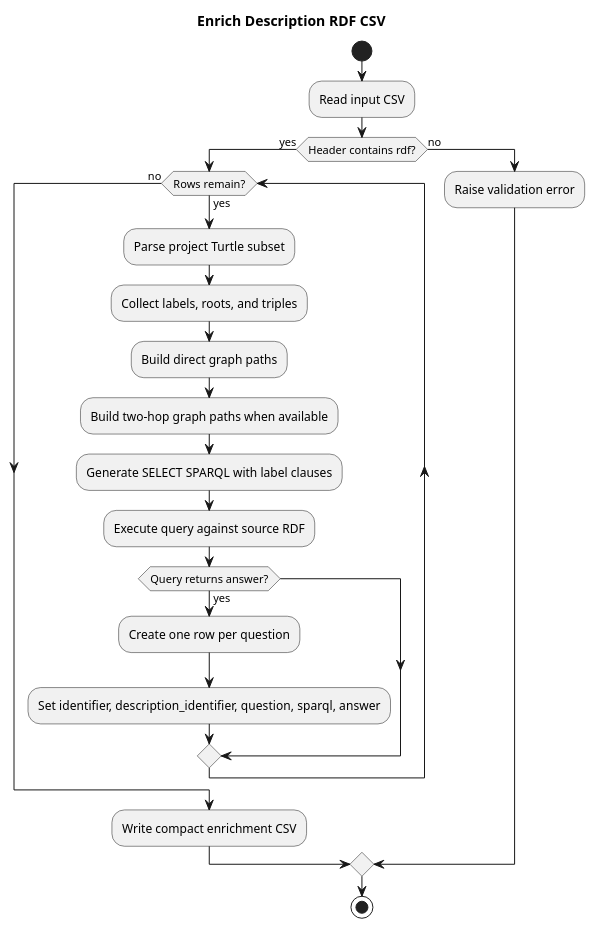
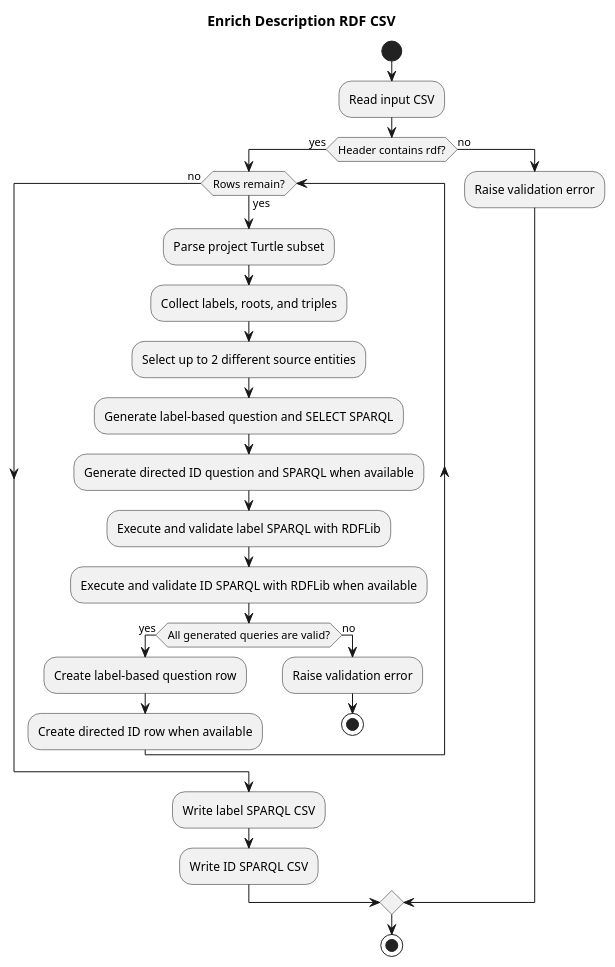
One commit to giovannabbottino/kg-dataset changed the diagram in enrich/docs/enrich_flow.puml. Above: the diagram before and after it, drawn with PlantUML. The commit also changed 17 other files, not shown here.

```diff
--- a/enrich/docs/enrich_flow.puml
+++ b/enrich/docs/enrich_flow.puml
@@ -1,27 +1,32 @@
 @startuml
 title Enrich Description RDF CSV
 
 start
 :Read input CSV;
 
 if (Header contains rdf?) then (yes)
   while (Rows remain?) is (yes)
     :Parse project Turtle subset;
     :Collect labels, roots, and triples;
-    :Build direct graph paths;
-    :Build two-hop graph paths when available;
-    :Generate SELECT SPARQL with label clauses;
-    :Execute query against source RDF;
-    if (Query returns answer?) then (yes)
-    :Create one row per question;
-    :Set identifier, description_identifier, question, sparql, answer;
+    :Select up to 2 different source entities;
+    :Generate label-based question and SELECT SPARQL;
+    :Generate directed ID question and SPARQL when available;
+    :Execute and validate label SPARQL with RDFLib;
+    :Execute and validate ID SPARQL with RDFLib when available;
+    if (All generated queries are valid?) then (yes)
+      :Create label-based question row;
+      :Create directed ID row when available;
+    else (no)
+      :Raise validation error;
+      stop
     endif
   endwhile (no)
 
-  :Write compact enrichment CSV;
+  :Write label SPARQL CSV;
+  :Write ID SPARQL CSV;
 else (no)
   :Raise validation error;
 endif
 
 stop
 @enduml
```
